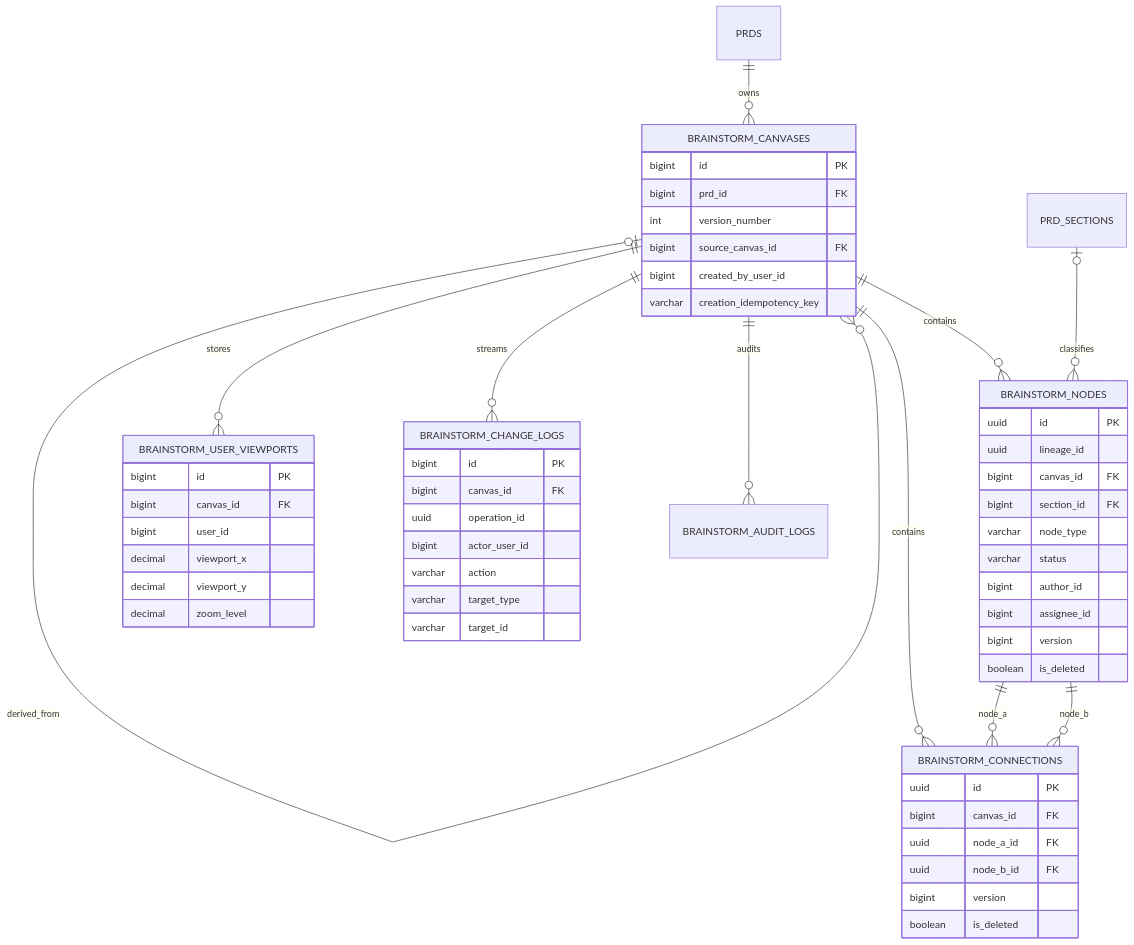
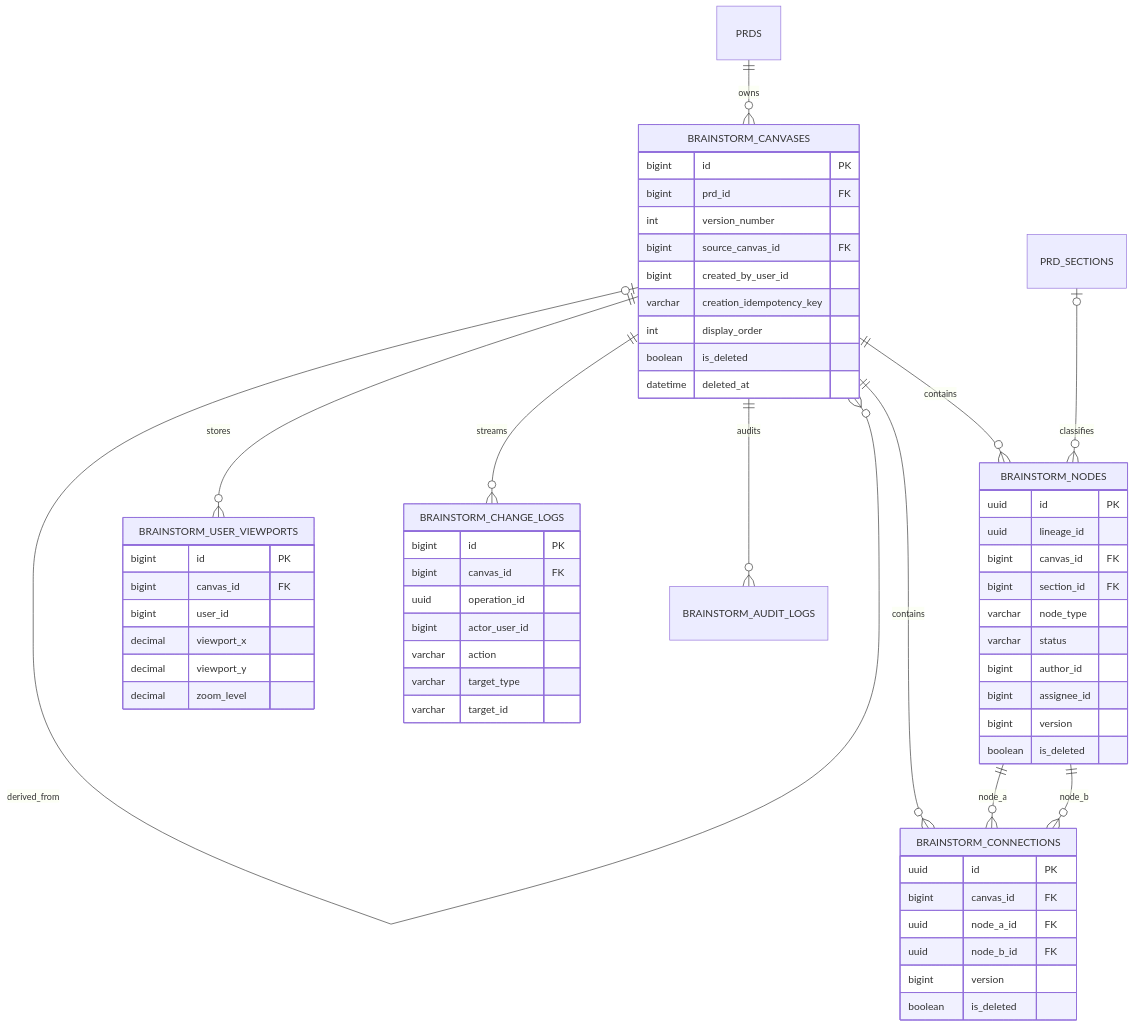
Before and after one commit to KANT-2/idea-developer: the fourth of 5 diagrams in docs/database/ERD.md, drawn with Mermaid. The commit also changed other lines of this file and 28 other files, not shown here.

````diff
--- a/docs/database/ERD.md
+++ b/docs/database/ERD.md
@@ -159,59 +159,62 @@
 ```mermaid
 erDiagram
     PRDS ||--o{ BRAINSTORM_CANVASES : owns
     BRAINSTORM_CANVASES o|--o{ BRAINSTORM_CANVASES : derived_from
     BRAINSTORM_CANVASES ||--o{ BRAINSTORM_NODES : contains
     PRD_SECTIONS o|--o{ BRAINSTORM_NODES : classifies
     BRAINSTORM_CANVASES ||--o{ BRAINSTORM_CONNECTIONS : contains
     BRAINSTORM_NODES ||--o{ BRAINSTORM_CONNECTIONS : node_a
     BRAINSTORM_NODES ||--o{ BRAINSTORM_CONNECTIONS : node_b
     BRAINSTORM_CANVASES ||--o{ BRAINSTORM_USER_VIEWPORTS : stores
     BRAINSTORM_CANVASES ||--o{ BRAINSTORM_CHANGE_LOGS : streams
     BRAINSTORM_CANVASES ||--o{ BRAINSTORM_AUDIT_LOGS : audits
 
     BRAINSTORM_CANVASES {
         bigint id PK
         bigint prd_id FK
         int version_number
         bigint source_canvas_id FK
         bigint created_by_user_id
         varchar creation_idempotency_key
+        int display_order
+        boolean is_deleted
+        datetime deleted_at
     }
     BRAINSTORM_NODES {
         uuid id PK
         uuid lineage_id
         bigint canvas_id FK
         bigint section_id FK
         varchar node_type
         varchar status
         bigint author_id
         bigint assignee_id
         bigint version
         boolean is_deleted
     }
     BRAINSTORM_CONNECTIONS {
         uuid id PK
         bigint canvas_id FK
         uuid node_a_id FK
         uuid node_b_id FK
         bigint version
         boolean is_deleted
     }
     BRAINSTORM_USER_VIEWPORTS {
         bigint id PK
         bigint canvas_id FK
         bigint user_id
         decimal viewport_x
         decimal viewport_y
         decimal zoom_level
     }
     BRAINSTORM_CHANGE_LOGS {
         bigint id PK
         bigint canvas_id FK
         uuid operation_id
         bigint actor_user_id
         varchar action
         varchar target_type
         varchar target_id
     }
 ```
````
